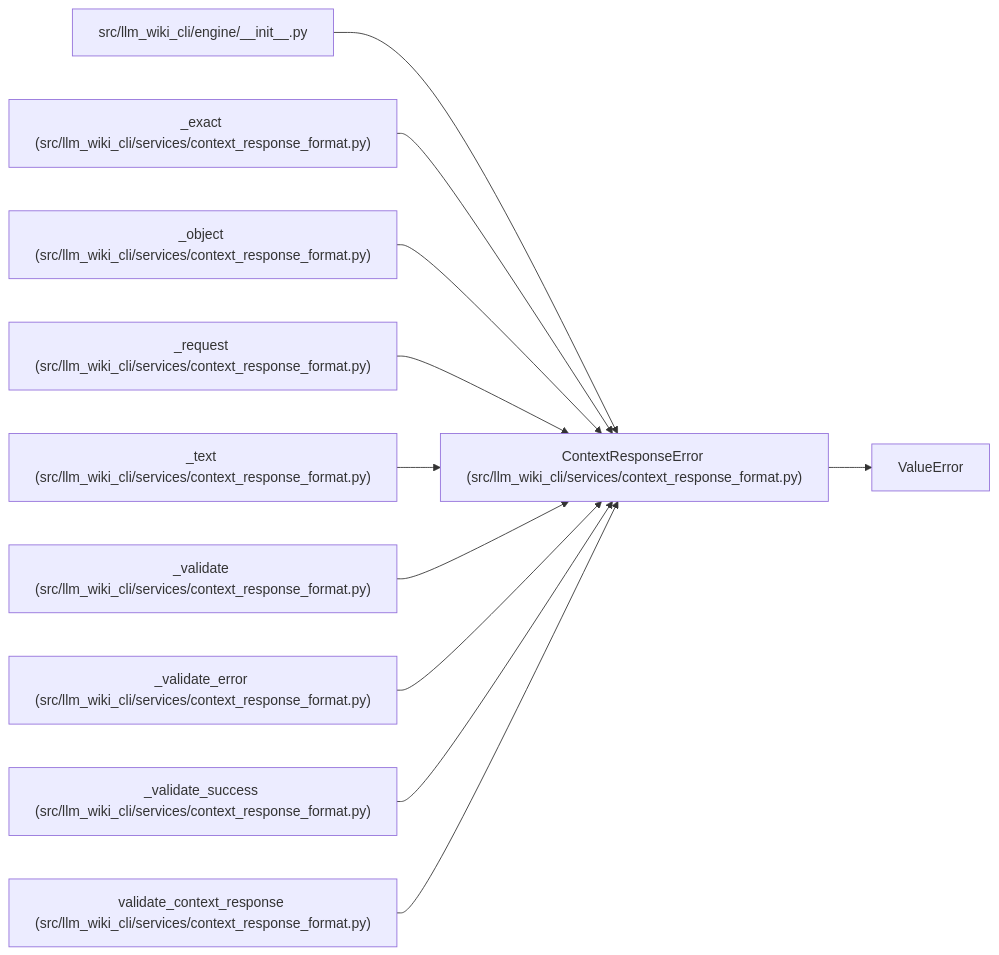
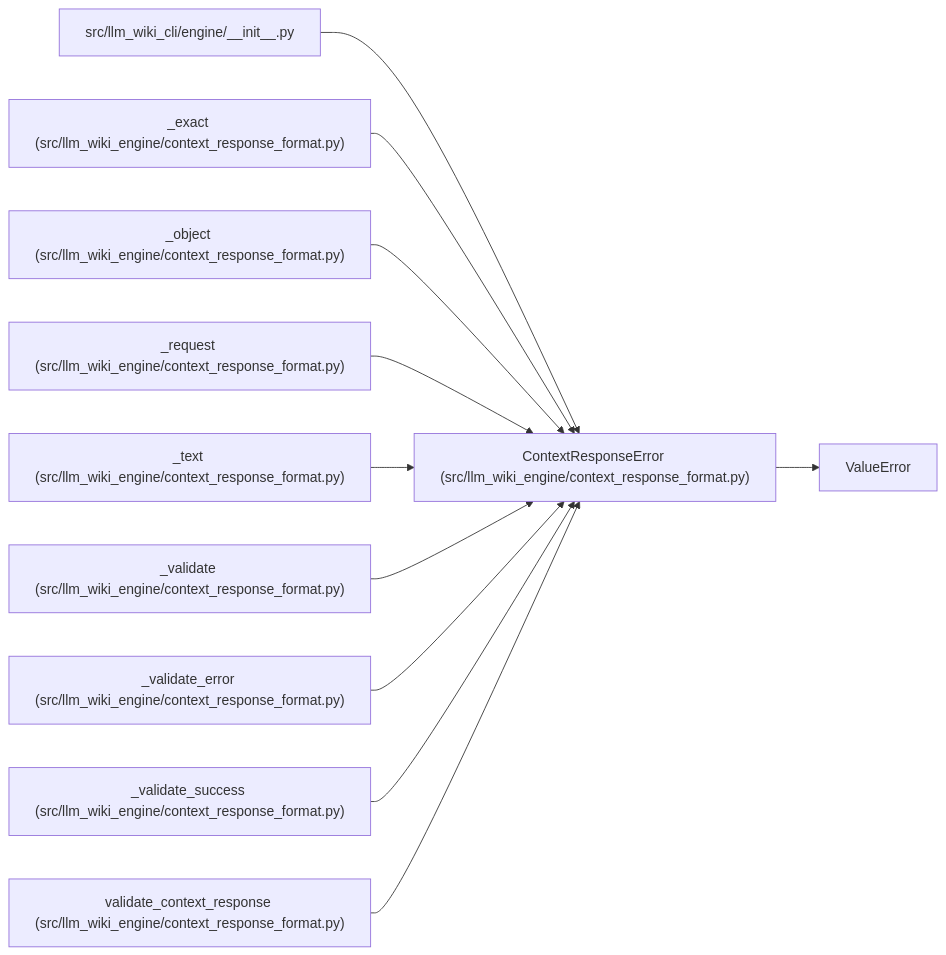
Before and after one commit to Denissvgn/python-wiki-llm: the diagram in docs/llm_wiki/entities/ContextResponseError.md, drawn with Mermaid. The commit also changed other lines of this file and 577 other files, not shown here.

Commit message:
docs: refresh the wiki for the engine context packet

````diff
--- a/docs/llm_wiki/entities/ContextResponseError.md
+++ b/docs/llm_wiki/entities/ContextResponseError.md
@@ -23,34 +23,34 @@
 ```mermaid
 flowchart LR
-    n0["ContextResponseError (src/llm_wiki_cli/services/context_response_format.py)"]
+    n0["ContextResponseError (src/llm_wiki_engine/context_response_format.py)"]
     n1["ValueError"]
     n2["src/llm_wiki_cli/engine/__init__.py"]
-    n3["_exact (src/llm_wiki_cli/services/context_response_format.py)"]
-    n4["_object (src/llm_wiki_cli/services/context_response_format.py)"]
-    n5["_request (src/llm_wiki_cli/services/context_response_format.py)"]
-    n6["_text (src/llm_wiki_cli/services/context_response_format.py)"]
-    n7["_validate (src/llm_wiki_cli/services/context_response_format.py)"]
-    n8["_validate_error (src/llm_wiki_cli/services/context_response_format.py)"]
-    n9["_validate_success (src/llm_wiki_cli/services/context_response_format.py)"]
-    n10["validate_context_response (src/llm_wiki_cli/services/context_response_format.py)"]
+    n3["_exact (src/llm_wiki_engine/context_response_format.py)"]
+    n4["_object (src/llm_wiki_engine/context_response_format.py)"]
+    n5["_request (src/llm_wiki_engine/context_response_format.py)"]
+    n6["_text (src/llm_wiki_engine/context_response_format.py)"]
+    n7["_validate (src/llm_wiki_engine/context_response_format.py)"]
+    n8["_validate_error (src/llm_wiki_engine/context_response_format.py)"]
+    n9["_validate_success (src/llm_wiki_engine/context_response_format.py)"]
+    n10["validate_context_response (src/llm_wiki_engine/context_response_format.py)"]
     n0 --> n1
     n2 --> n0
     n3 --> n0
     n4 --> n0
     n5 --> n0
     n6 --> n0
     n7 --> n0
     n8 --> n0
     n9 --> n0
     n10 --> n0
     click n0 "../modules/context_response_format.md"
     click n2 "../modules/engine___init__.md"
     click n3 "../modules/context_response_format.md"
     click n4 "../modules/context_response_format.md"
     click n5 "../modules/context_response_format.md"
     click n6 "../modules/context_response_format.md"
     click n7 "../modules/context_response_format.md"
     click n8 "../modules/context_response_format.md"
     click n9 "../modules/context_response_format.md"
     click n10 "../modules/context_response_format.md"
 ```
````
